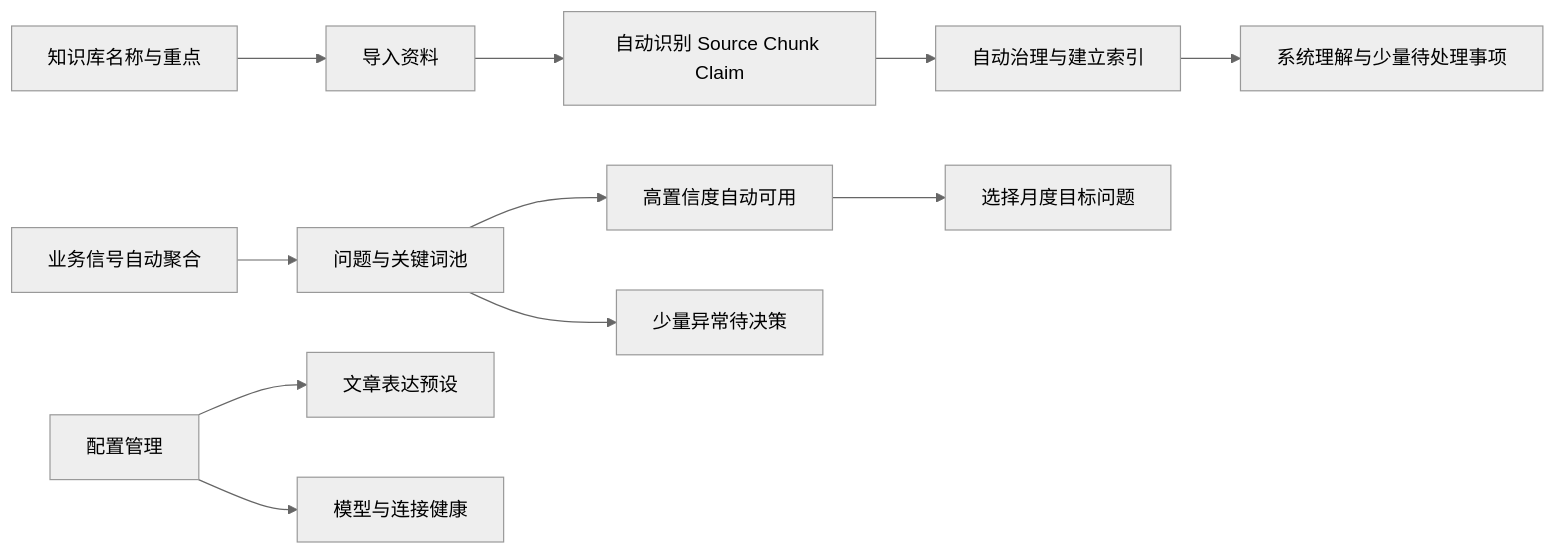
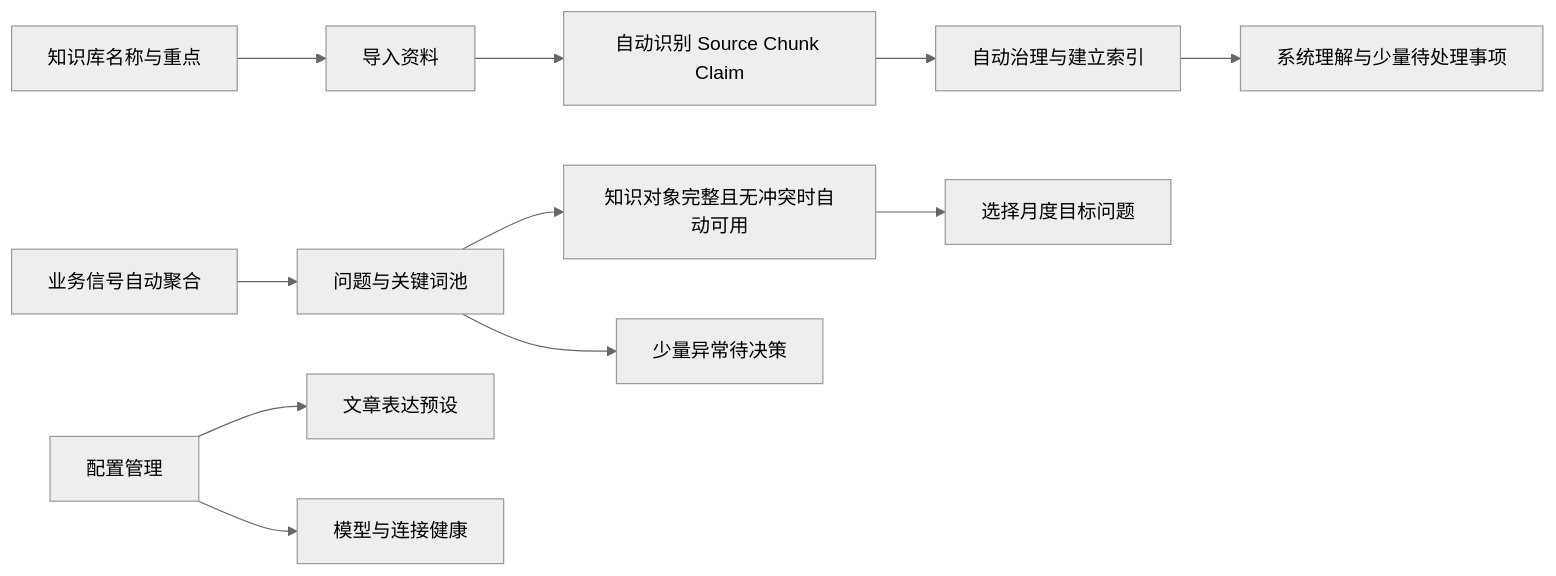
One commit to 1736280642-Star/gtm-content-growth-workbench changed the diagram in docs/方案与规划/分支一-知识问题与配置管理开发文档.md. Above: the diagram before and after it, drawn with Mermaid (neutral theme). The commit also changed other lines of this file and 11 other files, not shown here.

````diff
--- a/docs/方案与规划/分支一-知识问题与配置管理开发文档.md
+++ b/docs/方案与规划/分支一-知识问题与配置管理开发文档.md
@@ -20,14 +20,14 @@
 ```mermaid
 flowchart LR
     A["知识库名称与重点"] --> B["导入资料"]
     B --> C["自动识别 Source Chunk Claim"]
     C --> D["自动治理与建立索引"]
     D --> E["系统理解与少量待处理事项"]
 
     F["业务信号自动聚合"] --> G["问题与关键词池"]
-    G --> H["高置信度自动可用"]
+    G --> H["知识对象完整且无冲突时自动可用"]
     G --> I["少量异常待决策"]
     H --> J["选择月度目标问题"]
     K["配置管理"] --> L["文章表达预设"]
     K --> M["模型与连接健康"]
 ```
````
